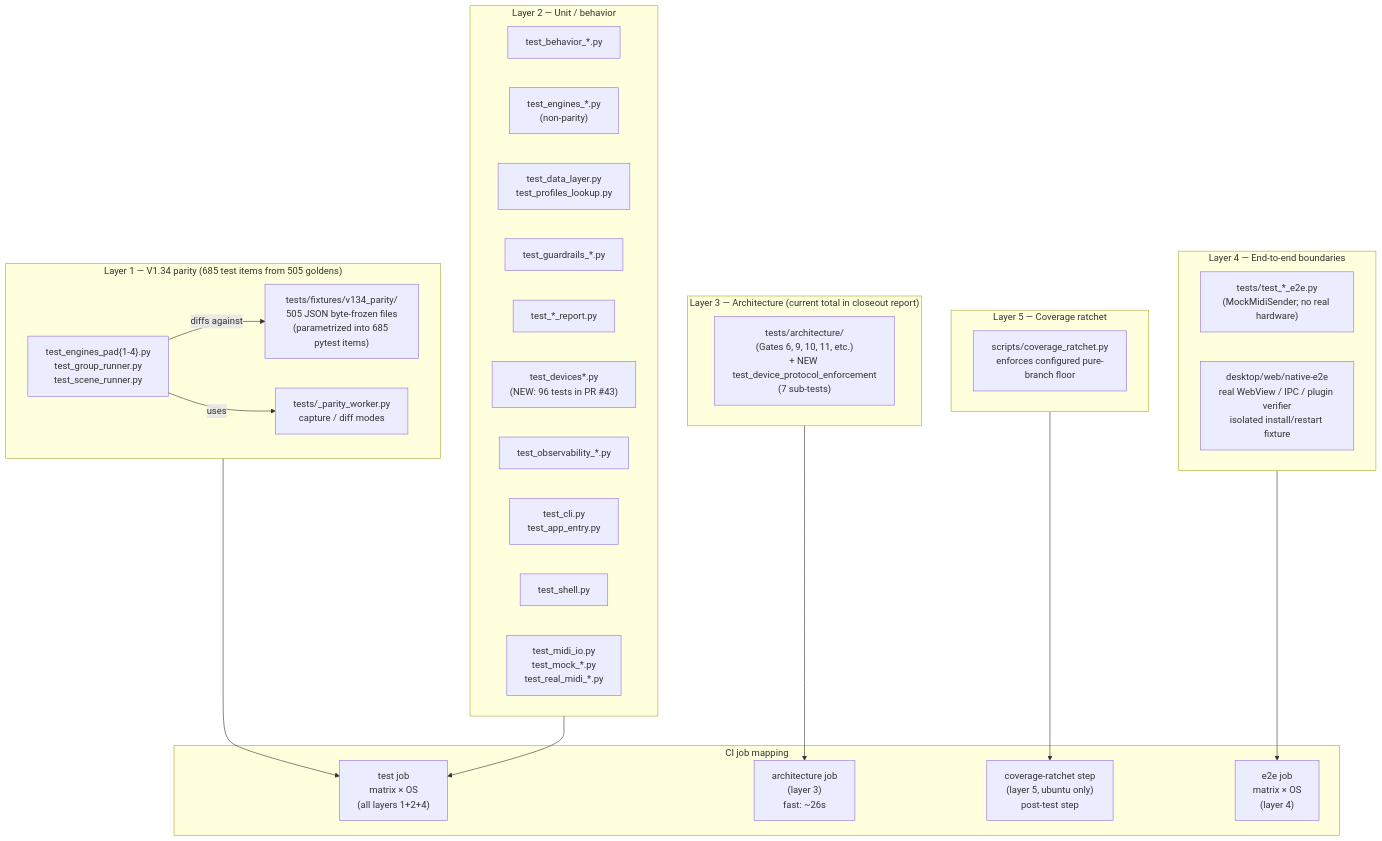
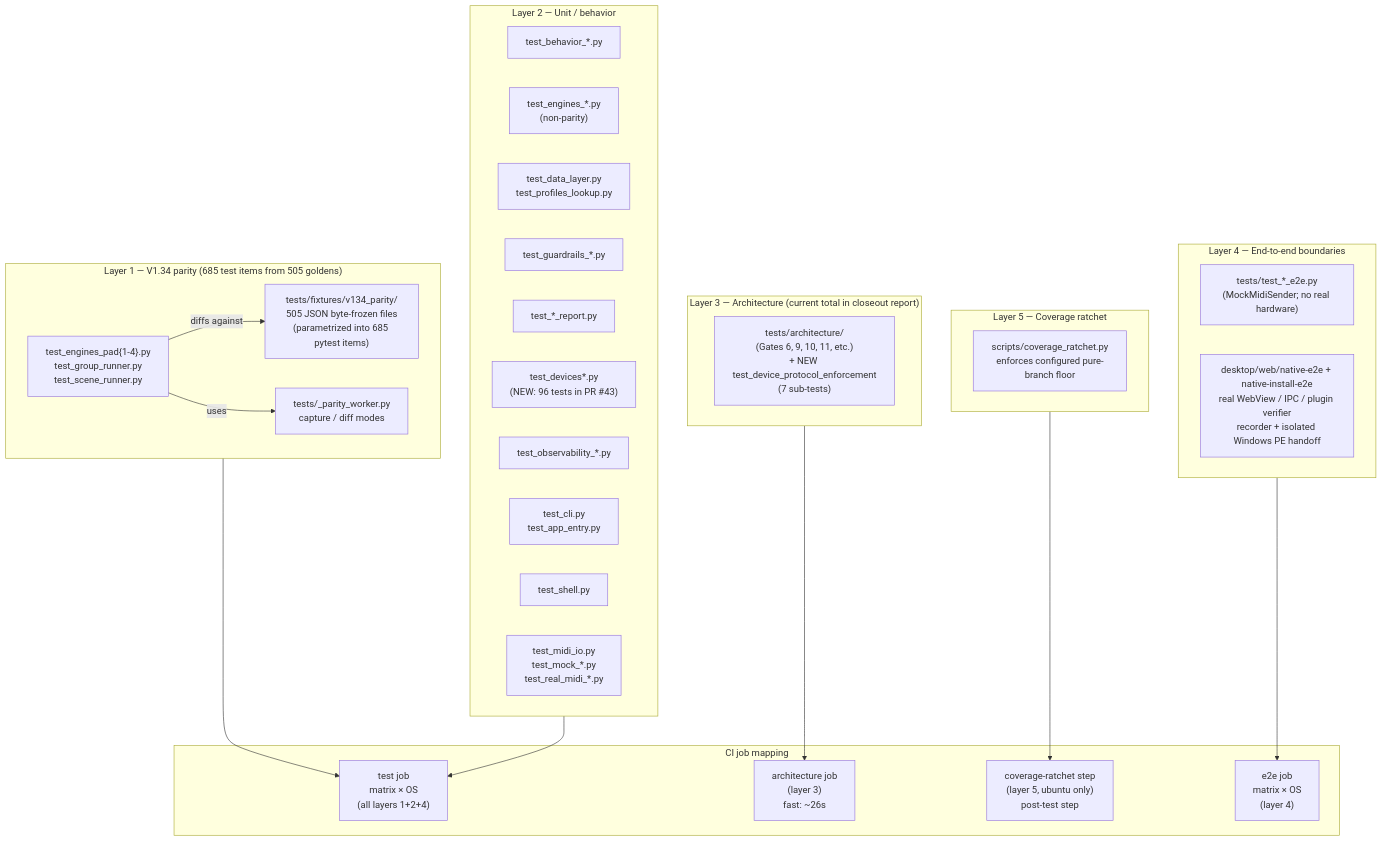
Diagram 13 of 37 in docs/ARCHITECTURE_DIAGRAMS.md (buzzijose-hub/RytmRandomizer), drawn with Mermaid before and after one commit. The commit also changed other lines of this file and 12 other files, not shown here.

````diff
--- a/docs/ARCHITECTURE_DIAGRAMS.md
+++ b/docs/ARCHITECTURE_DIAGRAMS.md
@@ -1143,50 +1143,50 @@
 ```mermaid
 flowchart TB
     subgraph Layer1["Layer 1 — V1.34 parity (685 test items from 505 goldens)"]
         Goldens["tests/fixtures/v134_parity/<br/>505 JSON byte-frozen files<br/>(parametrized into 685 pytest items)"]
         ParityTests["test_engines_pad{1-4}.py<br/>test_group_runner.py<br/>test_scene_runner.py"]
         ParityWorker["tests/_parity_worker.py<br/>capture / diff modes"]
     end
 
     subgraph Layer2["Layer 2 — Unit / behavior"]
         BehaviorTests["test_behavior_*.py"]
         EngineUnits["test_engines_*.py<br/>(non-parity)"]
         DataTests["test_data_layer.py<br/>test_profiles_lookup.py"]
         GuardrailsTests["test_guardrails_*.py"]
         ReportsTests["test_*_report.py"]
         DeviceTests["test_devices*.py<br/>(NEW: 96 tests in PR #43)"]
         ObservabilityTests["test_observability_*.py"]
         CliTests["test_cli.py<br/>test_app_entry.py"]
         ShellTests["test_shell.py"]
         MidiTests["test_midi_io.py<br/>test_mock_*.py<br/>test_real_midi_*.py"]
     end
 
     subgraph Layer3["Layer 3 — Architecture (current total in closeout report)"]
         ArchTests["tests/architecture/<br/>(Gates 6, 9, 10, 11, etc.)<br/>+ NEW test_device_protocol_enforcement<br/>(7 sub-tests)"]
     end
 
     subgraph Layer4["Layer 4 — End-to-end boundaries"]
         E2ETests["tests/test_*_e2e.py<br/>(MockMidiSender; no real hardware)"]
-        NativeE2E["desktop/web/native-e2e<br/>real WebView / IPC / plugin verifier<br/>isolated install/restart fixture"]
+        NativeE2E["desktop/web/native-e2e + native-install-e2e<br/>real WebView / IPC / plugin verifier<br/>recorder + isolated Windows PE handoff"]
     end
 
     subgraph Layer5["Layer 5 — Coverage ratchet"]
         CovScript["scripts/coverage_ratchet.py<br/>enforces configured pure-branch floor"]
     end
 
     subgraph CIJobs["CI job mapping"]
         TestJob["test job<br/>matrix × OS<br/>(all layers 1+2+4)"]
         ArchJob["architecture job<br/>(layer 3)<br/>fast: ~26s"]
         CovJob["coverage-ratchet step<br/>(layer 5, ubuntu only)<br/>post-test step"]
         E2EJob["e2e job<br/>matrix × OS<br/>(layer 4)"]
     end
 
     Layer1 --> TestJob
     Layer2 --> TestJob
     Layer3 --> ArchJob
     Layer4 --> E2EJob
     Layer5 --> CovJob
 
     ParityTests -->|"diffs against"| Goldens
     ParityTests -->|"uses"| ParityWorker
 ```
````
